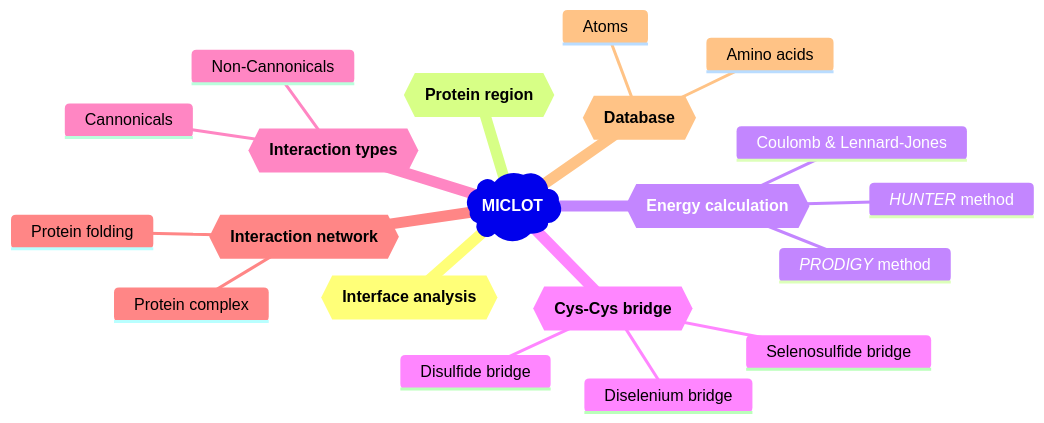
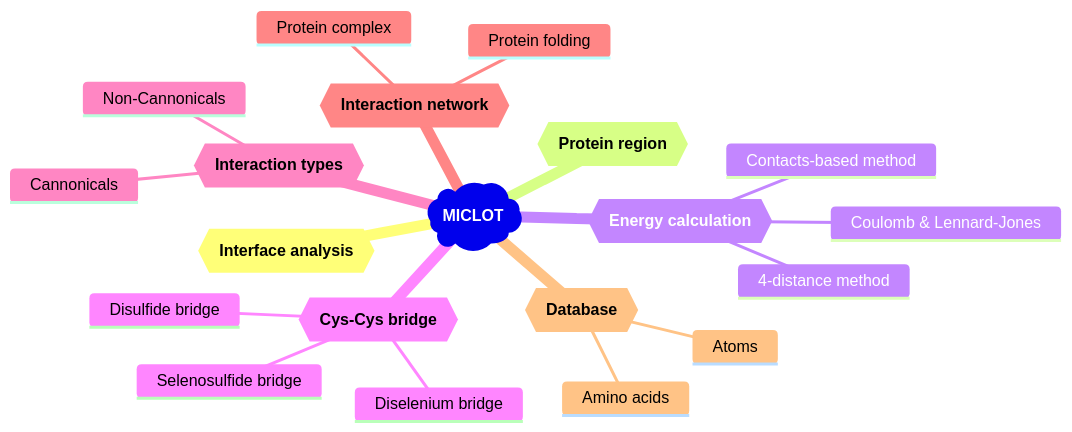
One commit to TMiclot/MICLOT changed the diagram in README.md. Above: the diagram before and after it, drawn with Mermaid.

````diff
--- a/README.md
+++ b/README.md
@@ -20,23 +20,23 @@
 ```mermaid
 mindmap
     root)**MICLOT**(
         id{{**Interface analysis**}}
         id{{**Protein region**}}
         id{{**Energy calculation**}}
-            *PRODIGY* method
-            *HUNTER* method
+            Contacts-based method
+            4-distance method
             Coulomb & Lennard-Jones
         id{{**Cys-Cys bridge**}}
             Disulfide bridge
             Diselenium bridge
             Selenosulfide bridge
         id{{**Interaction types**}}
             Cannonicals
             Non-Cannonicals
         id{{**Interaction network**}}
             Protein complex
             Protein folding
         id{{**Database**}}
             Amino acids
             Atoms
 ```
````
